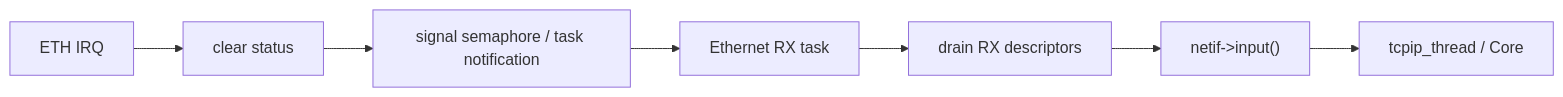
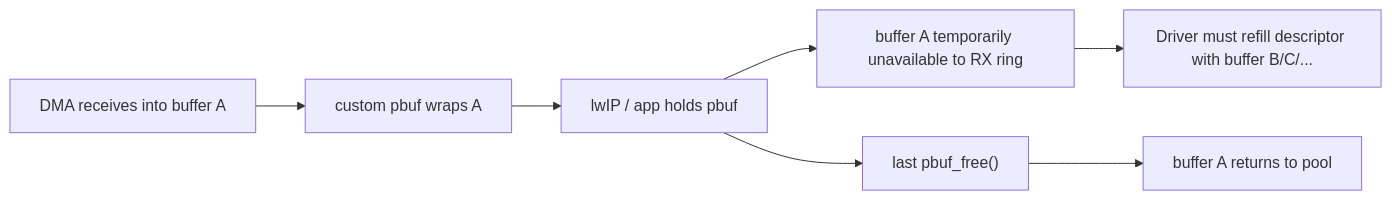
The seventh of 7 diagrams in docs/21-ethernet-descriptor-ring-backpressure.md (wdfk-prog/lwIP-Source-Lab), drawn with Mermaid before and after one commit. The commit also changed other lines of this file and 49 other files, not shown here.

````diff
--- a/docs/21-ethernet-descriptor-ring-backpressure.md
+++ b/docs/21-ethernet-descriptor-ring-backpressure.md
@@ -200,9 +178,9 @@
 ```mermaid
 flowchart LR
-    A["ETH IRQ"] --> B["clear status"]
-    B --> C["signal semaphore / task notification"]
-    C --> D["Ethernet RX task"]
-    D --> E["drain RX descriptors"]
-    E --> F["netif->input()"]
-    F --> G["tcpip_thread / Core"]
+    A["DMA receives into buffer A"] --> B["custom pbuf wraps A"]
+    B --> C["lwIP / app holds pbuf"]
+    C --> D["buffer A temporarily unavailable to RX ring"]
+    D --> E["Driver must refill descriptor with buffer B/C/..."]
+    C --> F["last pbuf_free()"]
+    F --> G["buffer A returns to pool"]
 ```
````
